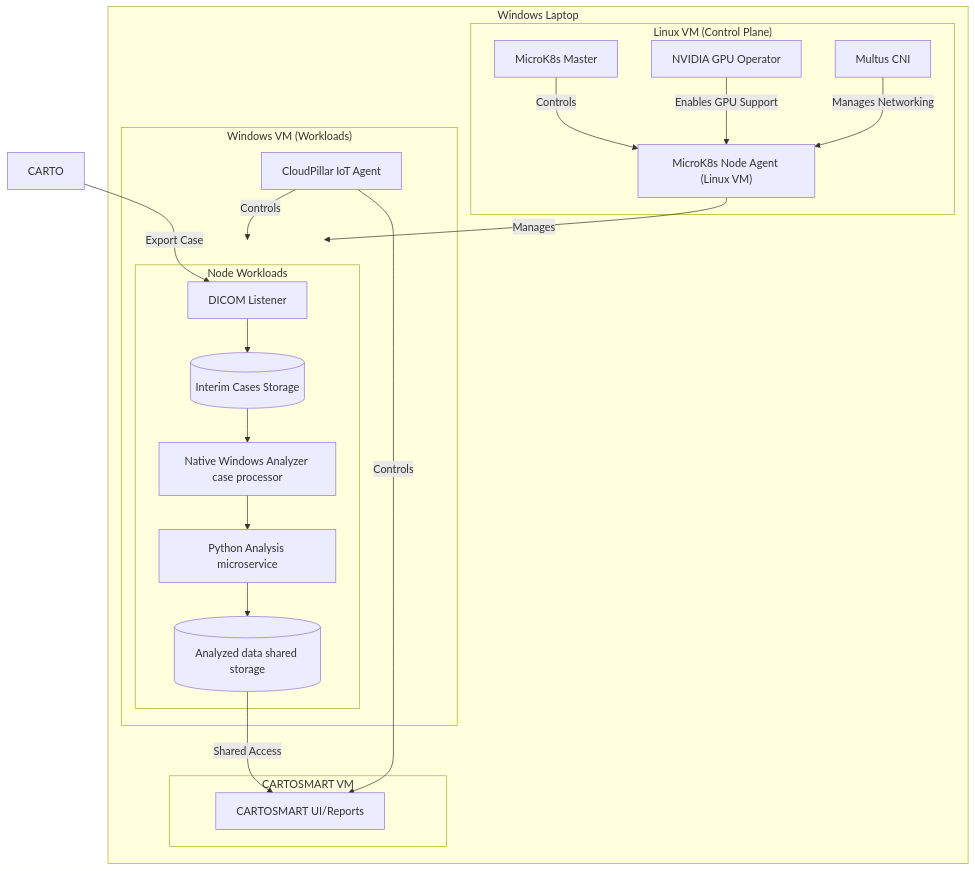
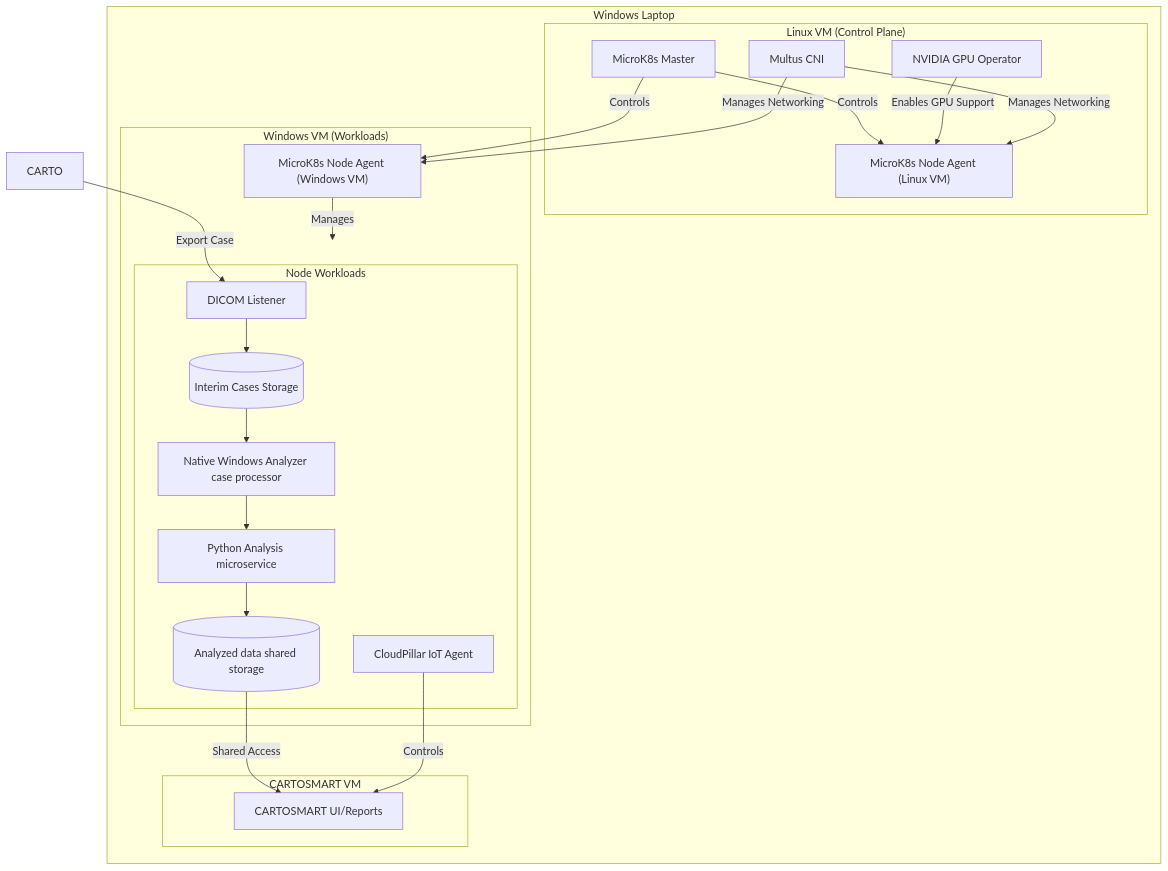
One commit to miri0789/CloudPillar changed the third of 4 diagrams in wiki/CloudPillar-for-Cybersecurity-TLD.md. Above: the diagram before and after it, drawn with Mermaid. The commit also changed other lines of this file, not shown here.

Commit message:
Updated CloudPillar for Cybersecurity TLD

```diff
--- a/wiki/CloudPillar-for-Cybersecurity-TLD.md
+++ b/wiki/CloudPillar-for-Cybersecurity-TLD.md
@@ -1891,25 +1891,27 @@
 ::: mermaid
 flowchart TD
     subgraph Windows Laptop
         subgraph Linux VM ["Linux VM (Control Plane)"]
             A1[MicroK8s Master] -->|Controls| A2["MicroK8s Node Agent (Linux VM)"]
             A3[NVIDIA GPU Operator] -->|Enables GPU Support| A2
             A4[Multus CNI] -->|Manages Networking| A2
         end
         subgraph Workloads Node ["Windows VM (Workloads)"]
             subgraph Workloads ["Node Workloads"]
                  B4 --> B5[(Interim Cases Storage)]
                  B5 --> B6[Native Windows Analyzer case processor]
                  B6 --> B7[Python Analysis microservice]
                  B7 --> B8[(Analyzed data shared storage)]
+                 B3[CloudPillar IoT Agent]
             end
-            B3[CloudPillar IoT Agent] -->|Controls| Workloads
-            A2 -->|Manages| Workloads
+            A1[MicroK8s Master] -->|Controls| B9["MicroK8s Node Agent (Windows VM)"]
+            B9 -->|Manages| Workloads
+            A4 -->|Manages Networking| B9
         end
         subgraph CARTOSMART VM ["CARTOSMART VM"]
             B8 -->|Shared Access| C1[CARTOSMART UI/Reports]
             B3 -->|Controls| C1
         end
     end
     CARTO -->|Export Case| B4[DICOM Listener]
 :::
```
